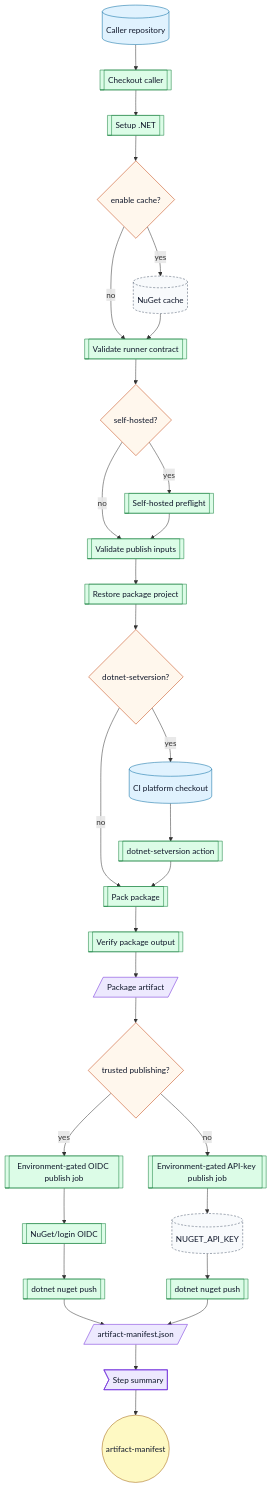
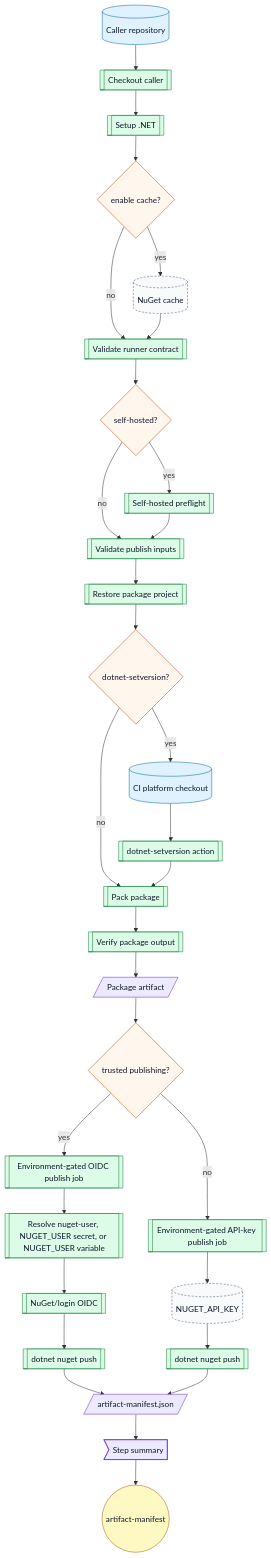
Before and after one commit to ArkanisCorporation/ci: diagram 15 of 20 in docs/workflow-catalog.md, drawn with Mermaid. The commit also changed other lines of this file and 5 other files, not shown here.

Commit message:
fix(gha): allow secret NuGet user fallback

````diff
--- a/docs/workflow-catalog.md
+++ b/docs/workflow-catalog.md
@@ -1417,44 +1421,45 @@
 ```mermaid
 flowchart TD
   caller[("Caller repository")] --> checkout[[Checkout caller]]
   checkout --> dotnet[[Setup .NET]]
   dotnet --> cache{enable cache?}
   cache -->|yes| nugetCache[("NuGet cache")]
   cache -->|no| validate[[Validate runner contract]]
   nugetCache --> validate
   validate --> preflight{self-hosted?}
   preflight -->|yes| sh[[Self-hosted preflight]]
   preflight -->|no| inputs[[Validate publish inputs]]
   sh --> inputs
   inputs --> restore[[Restore package project]]
   restore --> stamp{dotnet-setversion?}
   stamp -->|yes| platform[("CI platform checkout")]
   platform --> setversion[[dotnet-setversion action]]
   stamp -->|no| pack[[Pack package]]
   setversion --> pack
   pack --> verify[[Verify package output]]
   verify --> packageArtifact[/Package artifact/]
   packageArtifact --> auth{trusted publishing?}
   auth -->|yes| envOidc[["Environment-gated OIDC publish job"]]
   auth -->|no| envApi[["Environment-gated API-key publish job"]]
-  envOidc --> oidc[[NuGet/login OIDC]]
+  envOidc --> nugetUser[[Resolve nuget-user, NUGET_USER secret, or NUGET_USER variable]]
+  nugetUser --> oidc[[NuGet/login OIDC]]
   oidc --> trustedPush[[dotnet nuget push]]
   envApi --> apiKey[("NUGET_API_KEY")]
   apiKey --> keyPush[[dotnet nuget push]]
   trustedPush --> manifest[/artifact-manifest.json/]
   keyPush --> manifest
   manifest --> summary>Step summary]
   summary --> outputs(("artifact-manifest"))
   classDef repo fill:#e0f2fe,stroke:#0369a1,color:#0f172a
   classDef action fill:#dcfce7,stroke:#15803d,color:#0f172a
   classDef decision fill:#fff7ed,stroke:#c2410c,color:#0f172a
   classDef artifact fill:#ede9fe,stroke:#6d28d9,color:#0f172a
   classDef output fill:#fef9c3,stroke:#a16207,color:#0f172a
   classDef external fill:#f8fafc,stroke:#475569,stroke-dasharray: 4 3,color:#0f172a
   class caller,platform repo
-  class checkout,dotnet,validate,sh,inputs,restore,setversion,pack,verify,envOidc,envApi,oidc,trustedPush,keyPush action
+  class checkout,dotnet,validate,sh,inputs,restore,setversion,pack,verify,envOidc,envApi,nugetUser,oidc,trustedPush,keyPush action
   class cache,preflight,stamp,auth decision
   class packageArtifact,manifest,summary artifact
   class outputs output
   class nugetCache,apiKey external
 ```
````
